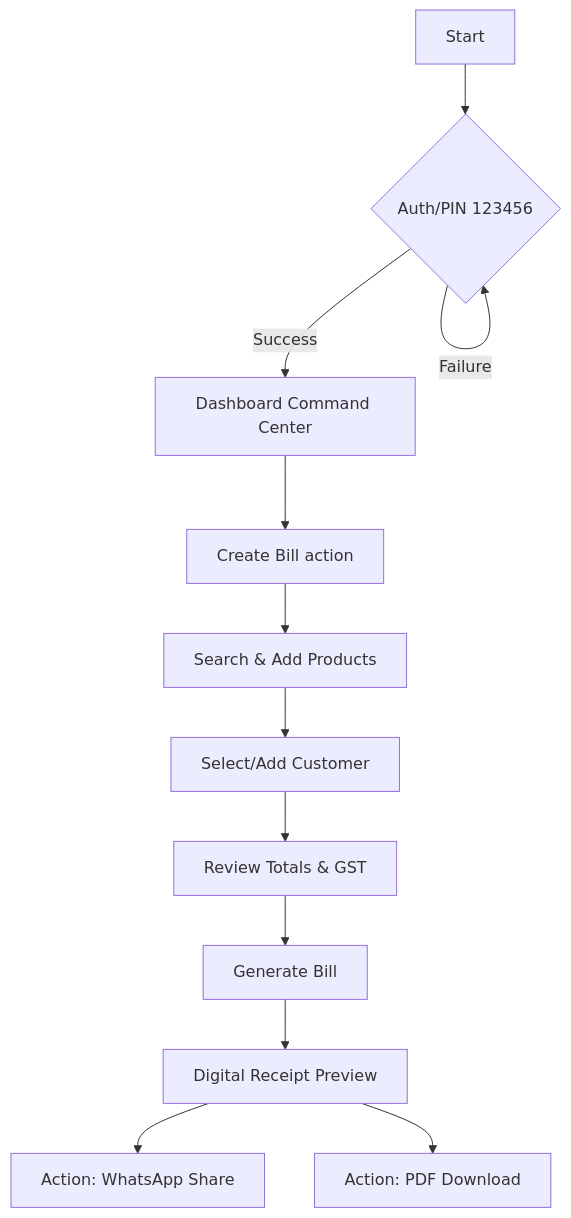
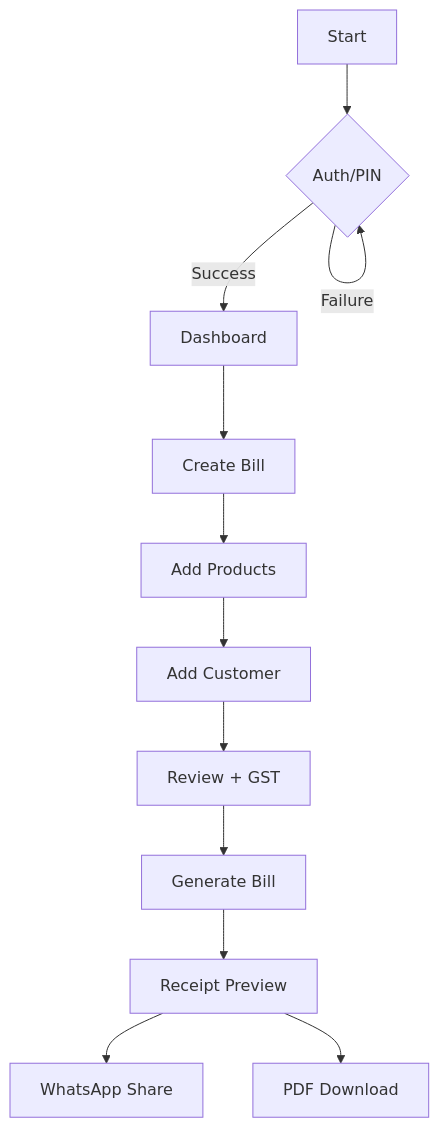
The first of 2 diagrams in README.md (Gautam-Bharadwaj/PakkaBill), drawn with Mermaid before and after one commit. The commit also changed other lines of this file, not shown here.

First line of the commit message:
Revise README for PakkaBill branding and features

````diff
--- a/README.md
+++ b/README.md
@@ -23,16 +67,16 @@
 ```mermaid
 graph TD
-    A[Start] --> B{Auth/PIN 123456}
+    A[Start] --> B{Auth/PIN}
     B -- Failure --> B
-    B -- Success --> C[Dashboard Command Center]
-    
-    C --> D[Create Bill action]
-    D --> E[Search & Add Products]
-    E --> F[Select/Add Customer]
-    F --> G[Review Totals & GST]
+    B -- Success --> C[Dashboard]
+
+    C --> D[Create Bill]
+    D --> E[Add Products]
+    E --> F[Add Customer]
+    F --> G[Review + GST]
     G --> H[Generate Bill]
-    
-    H --> I[Digital Receipt Preview]
-    I --> J[Action: WhatsApp Share]
-    I --> K[Action: PDF Download]
+
+    H --> I[Receipt Preview]
+    I --> J[WhatsApp Share]
+    I --> K[PDF Download]
 ```
````
